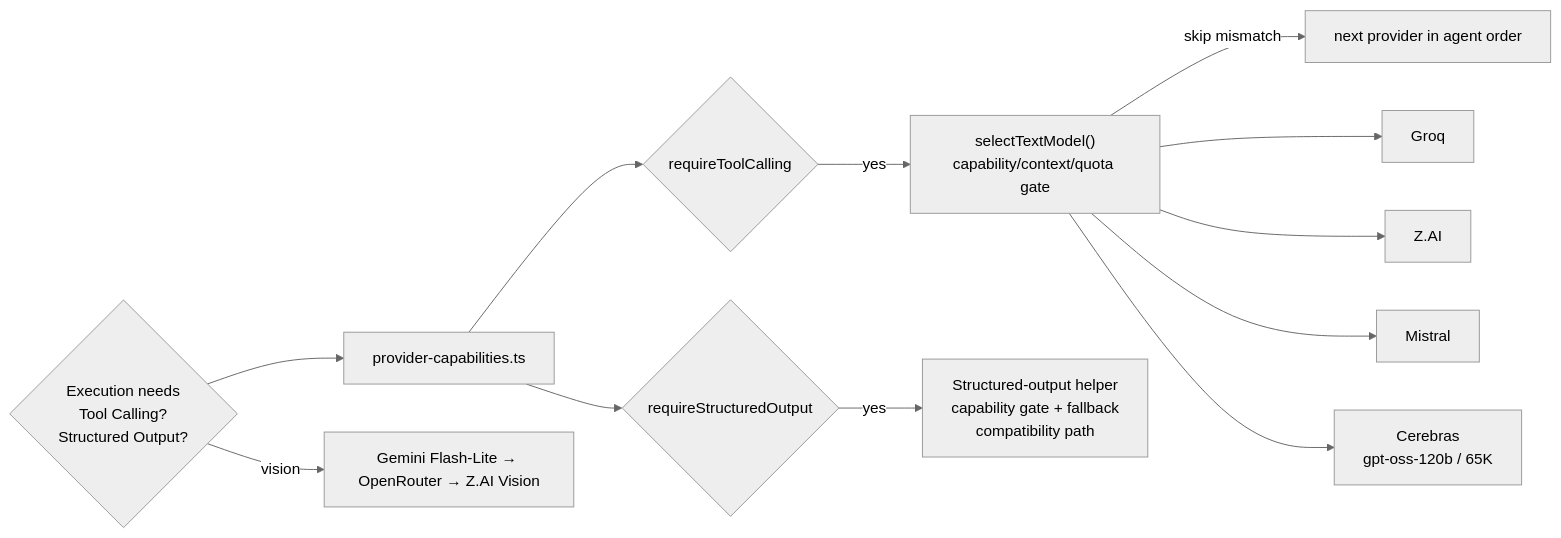
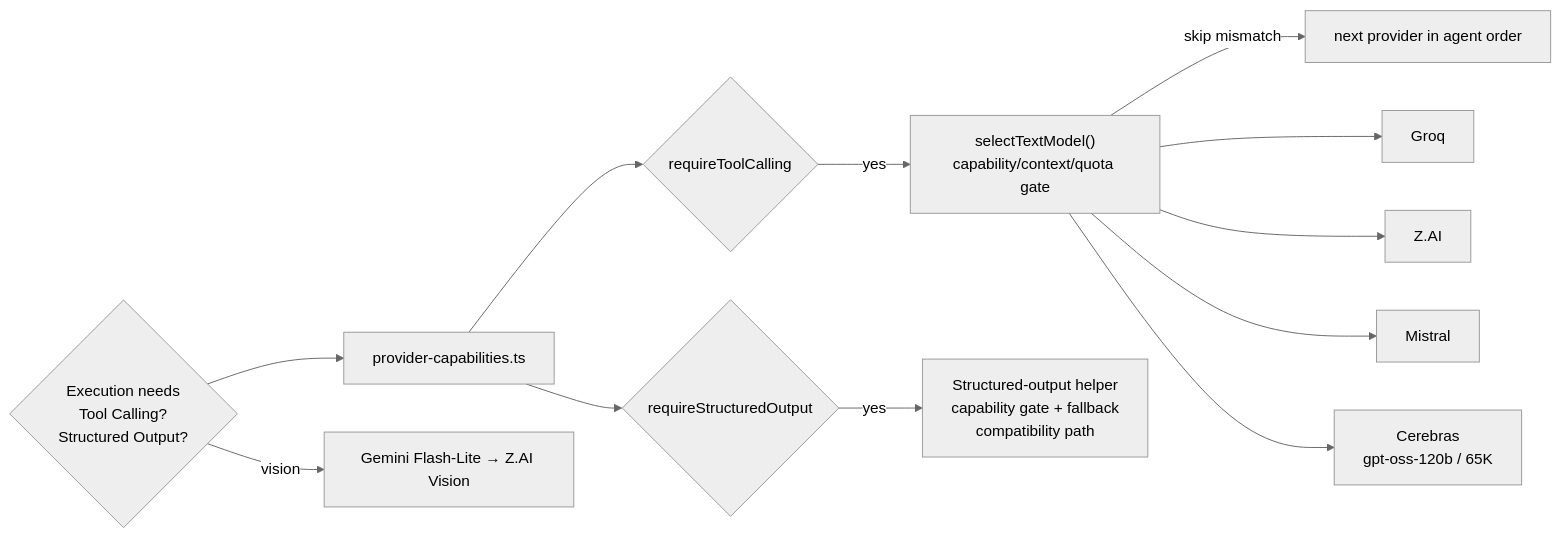
The third of 4 diagrams in docs/reference/architecture/ai/ai-engine-architecture.md (skyasu2/openmanager-ai), drawn with Mermaid (neutral theme) before and after one commit. The commit also changed other lines of this file and 56 other files, not shown here.

````diff
--- a/docs/reference/architecture/ai/ai-engine-architecture.md
+++ b/docs/reference/architecture/ai/ai-engine-architecture.md
@@ -367,16 +367,16 @@
 ```mermaid
 flowchart LR
     Need{"Execution needs\nTool Calling?\nStructured Output?"} --> Caps["provider-capabilities.ts"]
     Caps --> TC{"requireToolCalling"}
     Caps --> SO{"requireStructuredOutput"}
 
     TC -->|yes| CapabilityGate["selectTextModel()\ncapability/context/quota gate"]
     CapabilityGate -->|skip mismatch| NextProvider["next provider in agent order"]
     CapabilityGate --> Groq["Groq"]
     CapabilityGate --> ZAI["Z.AI"]
     CapabilityGate --> Mistral["Mistral"]
     CapabilityGate --> Cerebras["Cerebras\ngpt-oss-120b / 65K"]
 
     SO -->|yes| Structured["Structured-output helper\ncapability gate + fallback\ncompatibility path"]
-    Need -->|vision| Vision["Gemini Flash-Lite → OpenRouter → Z.AI Vision"]
+    Need -->|vision| Vision["Gemini Flash-Lite → Z.AI Vision"]
 ```
````
